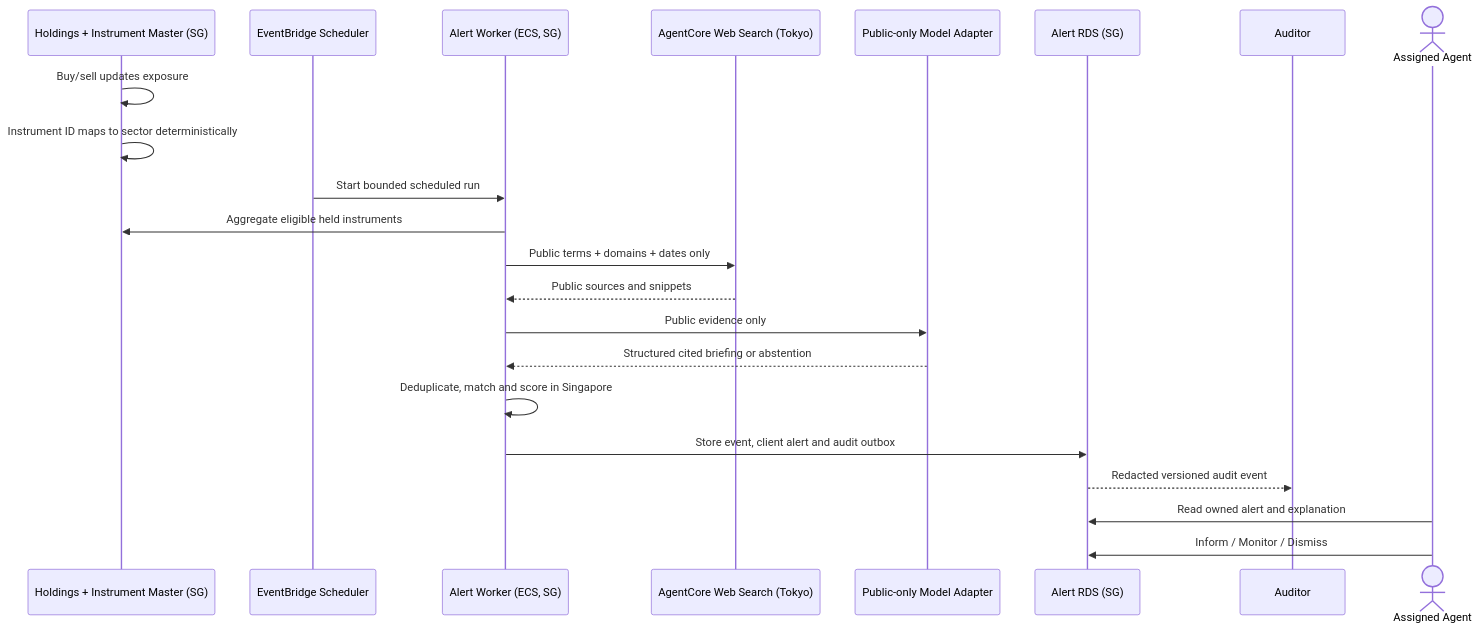
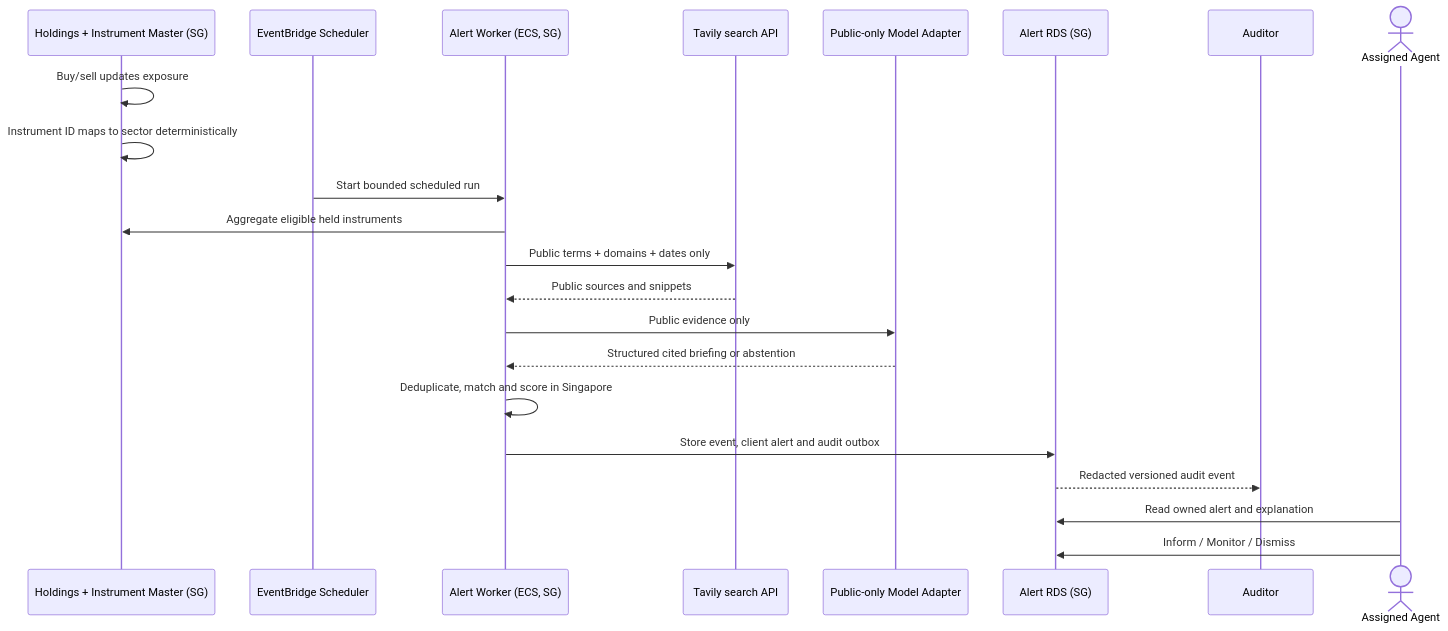
The third of 3 diagrams in docs/architecture/stakeholders-and-asrs.md (God3Tier/scroogebank), drawn with Mermaid before and after one commit. The commit also changed other lines of this file and 7 other files, not shown here.

Commit message:
Describe the alert worker's Tavily search and the Bedrock inference profiles in the target architecture

````diff
--- a/docs/architecture/stakeholders-and-asrs.md
+++ b/docs/architecture/stakeholders-and-asrs.md
@@ -320,25 +322,25 @@
 ```mermaid
 sequenceDiagram
     participant Holdings as Holdings + Instrument Master (SG)
     participant Schedule as EventBridge Scheduler
     participant Worker as Alert Worker (ECS, SG)
-    participant Search as AgentCore Web Search (Tokyo)
+    participant Search as Tavily search API
     participant AI as Public-only Model Adapter
     participant DB as Alert RDS (SG)
     participant Audit as Auditor
     actor Agent as Assigned Agent
 
     Holdings->>Holdings: Buy/sell updates exposure
     Holdings->>Holdings: Instrument ID maps to sector deterministically
     Schedule->>Worker: Start bounded scheduled run
     Worker->>Holdings: Aggregate eligible held instruments
     Worker->>Search: Public terms + domains + dates only
     Search-->>Worker: Public sources and snippets
     Worker->>AI: Public evidence only
     AI-->>Worker: Structured cited briefing or abstention
     Worker->>Worker: Deduplicate, match and score in Singapore
     Worker->>DB: Store event, client alert and audit outbox
     DB-->>Audit: Redacted versioned audit event
     Agent->>DB: Read owned alert and explanation
     Agent->>DB: Inform / Monitor / Dismiss
 ```
````
